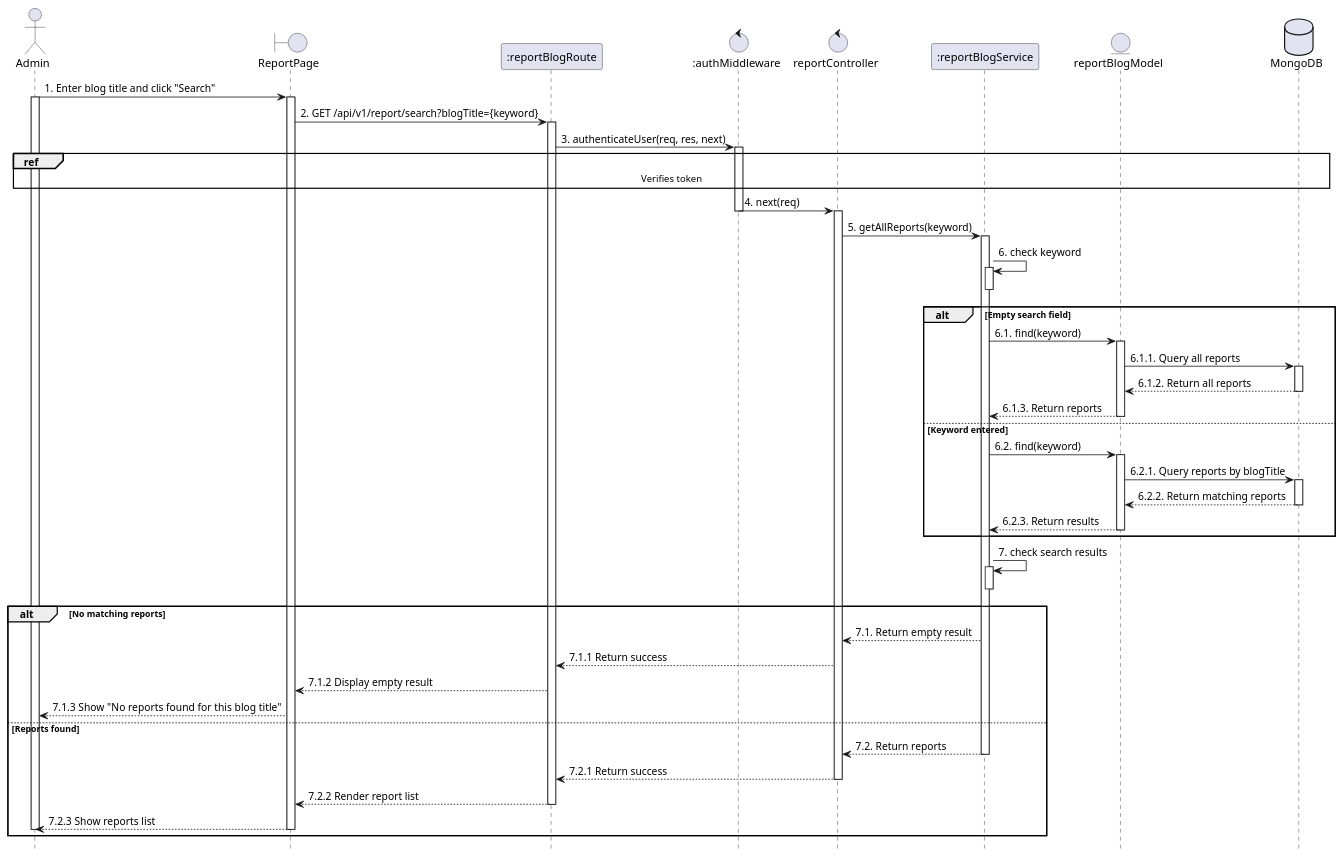
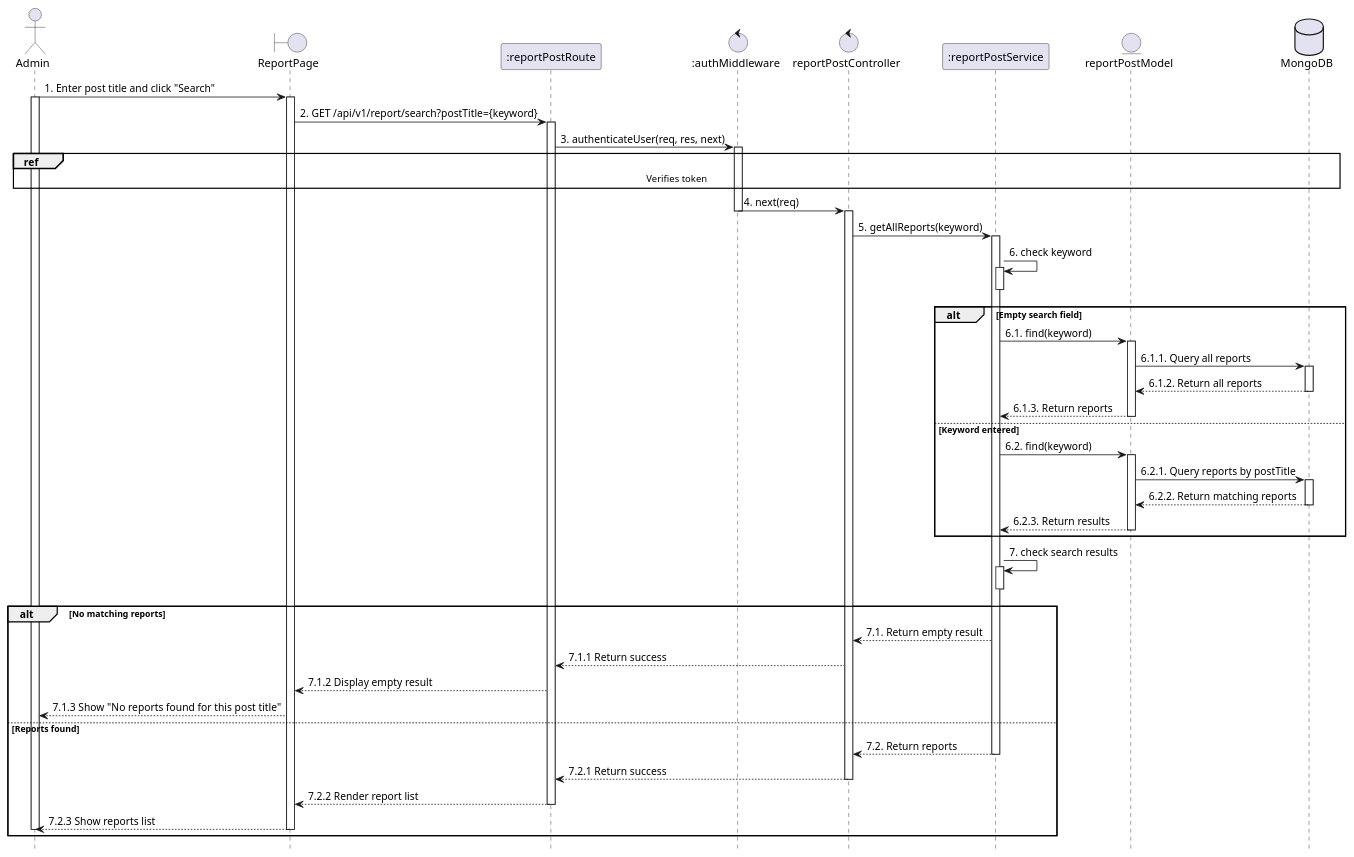
Before and after one commit to VietDurian/VietDurian: the diagram in planuml/web/19.5_searchReport.puml, drawn with PlantUML. The commit also changed 16 other files, not shown here.

```diff
--- a/planuml/web/19.5_searchReport.puml
+++ b/planuml/web/19.5_searchReport.puml
@@ -1,75 +1,75 @@
 @startuml SearchReportByDish
 
 actor Admin
 boundary "ReportPage" as View 
-participant ":reportBlogRoute" as Route 
+participant ":reportPostRoute" as Route 
 control ":authMiddleware" as Auth 
-control "reportController" as Controller 
-participant ":reportBlogService" as Service 
-entity "reportBlogModel" as Model 
+control "reportPostController" as Controller 
+participant ":reportPostService" as Service 
+entity "reportPostModel" as Model 
 database "MongoDB" as MongoDB
 hide footbox
 
-Admin -> View: 1. Enter blog title and click "Search"
+Admin -> View: 1. Enter post title and click "Search"
 activate Admin
 activate View
 
-View -> Route: 2. GET /api/v1/report/search?blogTitle={keyword}
+View -> Route: 2. GET /api/v1/report/search?postTitle={keyword}
 activate Route
 
 Route -> Auth: 3. authenticateUser(req, res, next)
 activate Auth
 ref over Admin, MongoDB : Verifies token
 
 Auth -> Controller: 4. next(req)
 deactivate Auth
 activate Controller
 
 Controller -> Service: 5. getAllReports(keyword)
 activate Service
 
 Service -> Service: 6. check keyword
 activate Service
 deactivate Service
 
 alt Empty search field
     Service -> Model: 6.1. find(keyword)
     activate Model
     Model -> MongoDB: 6.1.1. Query all reports
     activate MongoDB
     MongoDB --> Model: 6.1.2. Return all reports
     deactivate MongoDB
     Model --> Service: 6.1.3. Return reports
     deactivate Model
 else Keyword entered
     Service -> Model: 6.2. find(keyword)
     activate Model
-    Model -> MongoDB: 6.2.1. Query reports by blogTitle
+    Model -> MongoDB: 6.2.1. Query reports by postTitle
     activate MongoDB
     MongoDB --> Model: 6.2.2. Return matching reports
     deactivate MongoDB
     Model --> Service: 6.2.3. Return results
     deactivate Model
 end
 
 Service -> Service: 7. check search results
 activate Service
 deactivate Service
 
 alt No matching reports
     Service --> Controller: 7.1. Return empty result
     Controller --> Route: 7.1.1 Return success
     Route --> View: 7.1.2 Display empty result 
-    View --> Admin: 7.1.3 Show "No reports found for this blog title"
+    View --> Admin: 7.1.3 Show "No reports found for this post title"
 else Reports found
     Service --> Controller: 7.2. Return reports
     deactivate Service
     Controller --> Route: 7.2.1 Return success 
     deactivate Controller
     Route --> View: 7.2.2 Render report list
     deactivate Route
     View --> Admin: 7.2.3 Show reports list
     deactivate View
     deactivate Admin
 end
 @enduml
```
